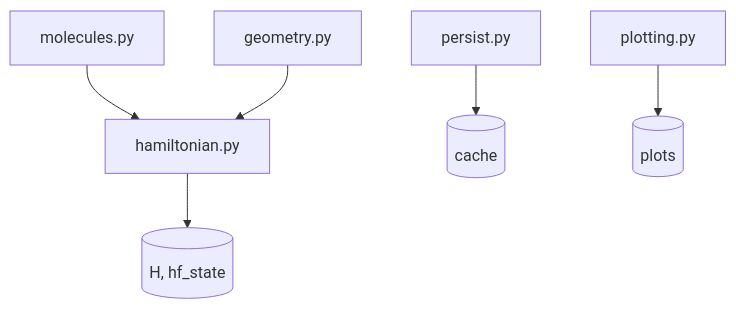
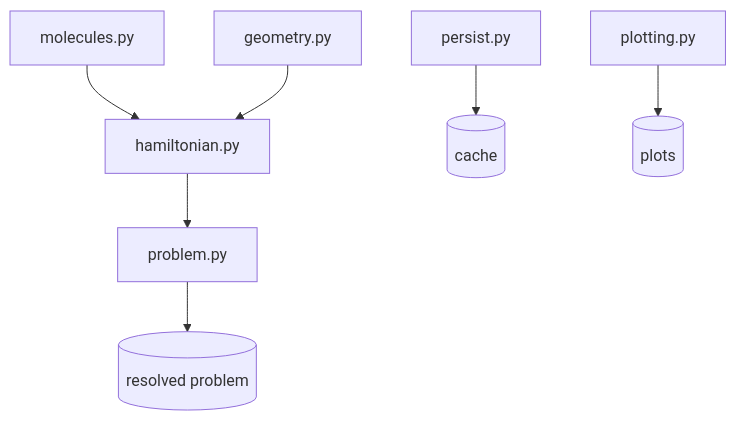
Before and after one commit to SidRichardsQuantum/Variational_Quantum_Eigensolver: the third of 7 diagrams in more_docs/architecture.md, drawn with Mermaid. The commit also changed other lines of this file and 28 other files, not shown here.

````diff
--- a/more_docs/architecture.md
+++ b/more_docs/architecture.md
@@ -121,15 +133,17 @@
 ```mermaid
 flowchart TD
 
     M[molecules.py]
     G[geometry.py]
     H[hamiltonian.py]
+    R[problem.py]
     P[persist.py]
     PL[plotting.py]
 
     M --> H
     G --> H
-    H --> OUT[(H, hf_state)]
+    H --> R
+    R --> OUT[(resolved problem)]
     P --> CACHE[(cache)]
     PL --> IMG[(plots)]
 ```
````
